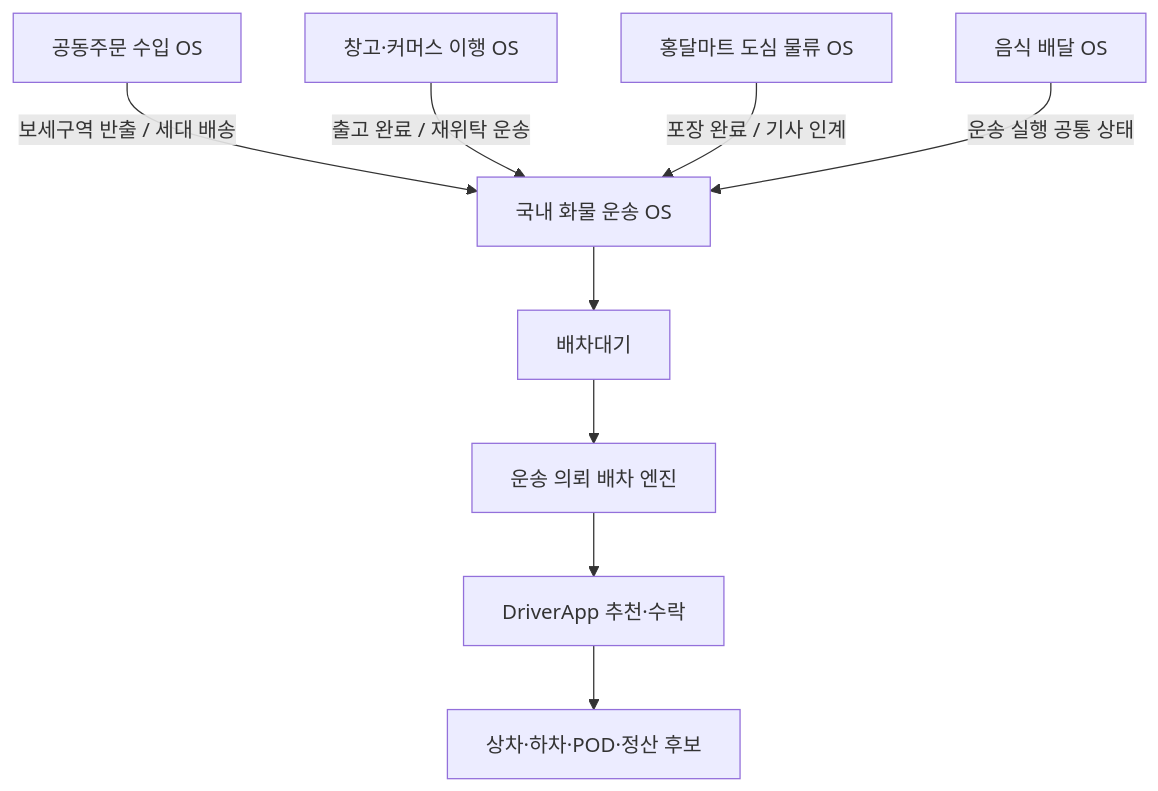
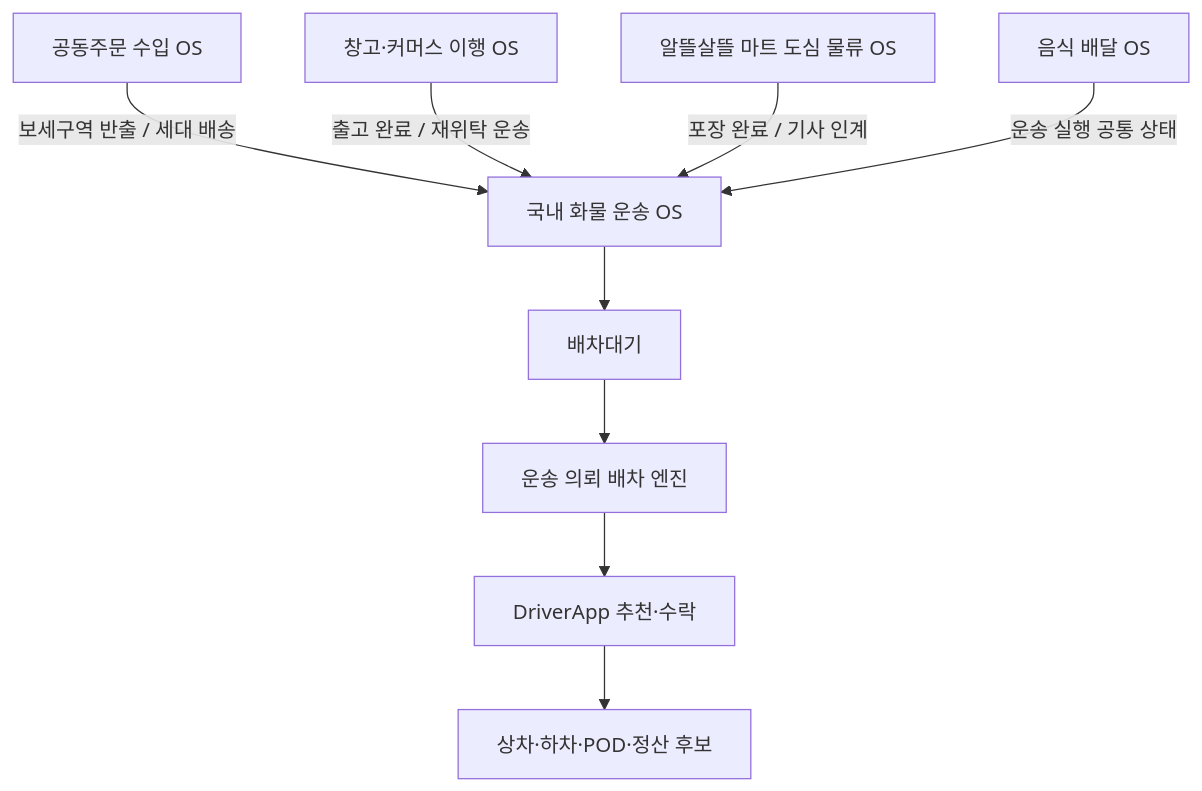
One commit to cheolwo/hongdal changed the first of 3 diagrams in docs/Architecture/DomesticCargoTransportOS.md. Above: the diagram before and after it, drawn with Mermaid. The commit also changed other lines of this file and 39 other files, not shown here.

````diff
--- a/docs/Architecture/DomesticCargoTransportOS.md
+++ b/docs/Architecture/DomesticCargoTransportOS.md
@@ -60,12 +60,12 @@
 ```mermaid
 flowchart TD
     GP["공동주문 수입 OS"] -->|보세구역 반출 / 세대 배송| OS["국내 화물 운송 OS"]
     WH["창고·커머스 이행 OS"] -->|출고 완료 / 재위탁 운송| OS
-    Mart["홍달마트 도심 물류 OS"] -->|포장 완료 / 기사 인계| OS
+    Mart["알뜰살뜰 마트 도심 물류 OS"] -->|포장 완료 / 기사 인계| OS
     Food["음식 배달 OS"] -->|운송 실행 공통 상태| OS
 
     OS --> Queue["배차대기"]
     Queue --> Engine["운송 의뢰 배차 엔진"]
     Engine --> Driver["DriverApp 추천·수락"]
     Driver --> Proof["상차·하차·POD·정산 후보"]
 ```
````
